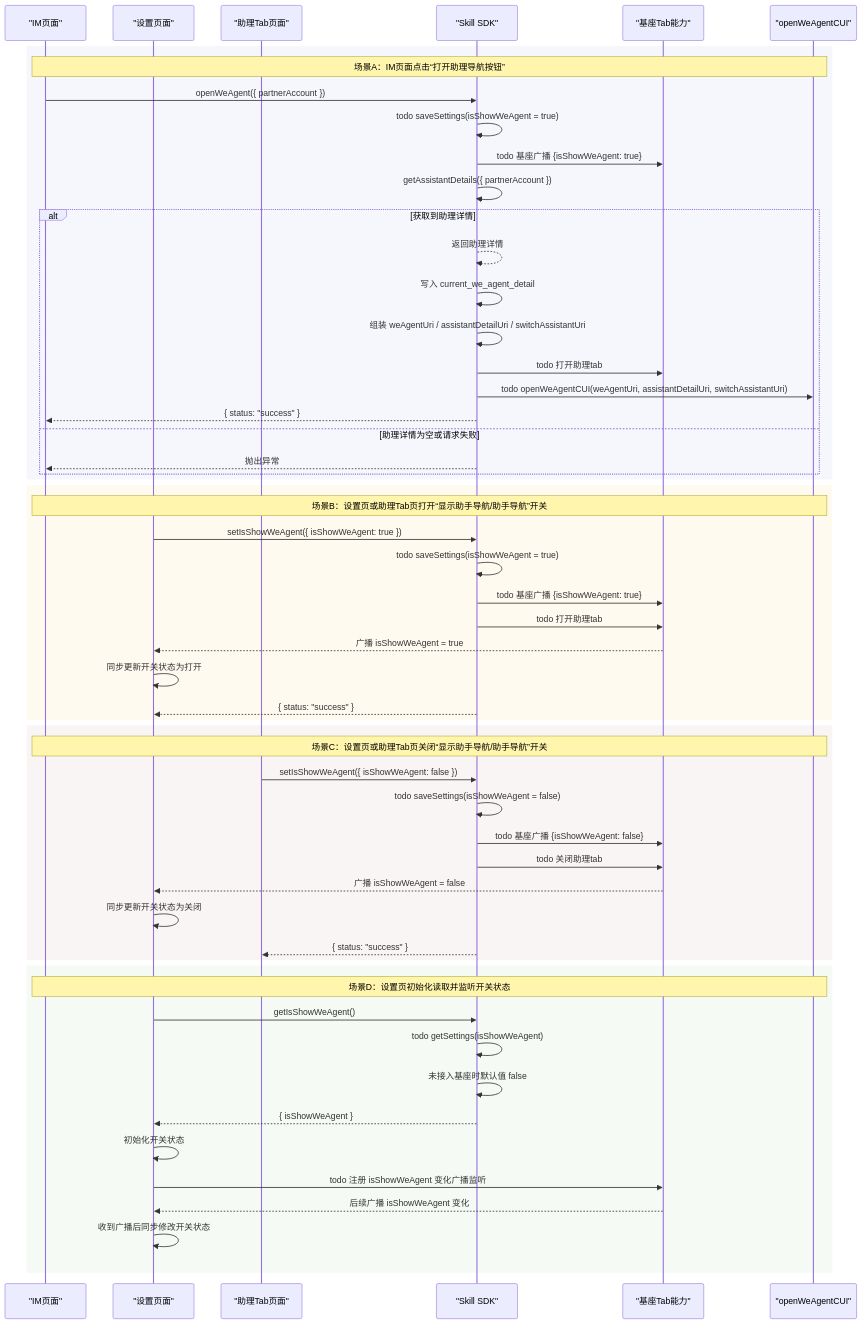
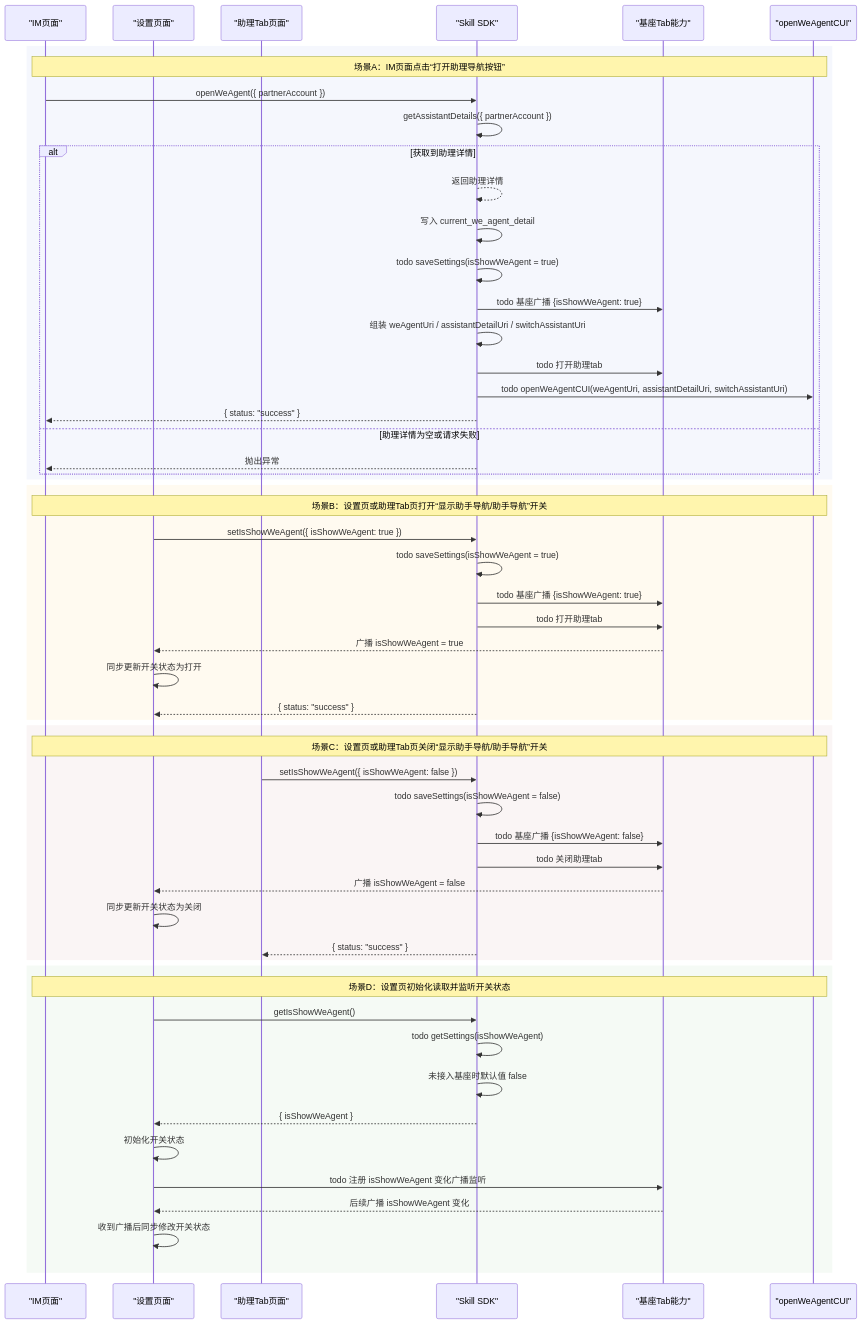
Before and after one commit to Abelsjcheng/skillSDK: the diagram in 2026-05-12-we-agent-visibility-and-open-plan.md, drawn with Mermaid. The commit also changed other lines of this file and 1 other file, not shown here.

````diff
--- a/2026-05-12-we-agent-visibility-and-open-plan.md
+++ b/2026-05-12-we-agent-visibility-and-open-plan.md
@@ -261,61 +261,61 @@
 ```mermaid
 sequenceDiagram
     participant IM as "IM页面"
     participant Settings as "设置页面"
     participant AssistantTab as "助理Tab页面"
     participant SDK as "Skill SDK"
     participant Host as "基座Tab能力"
     participant CUI as "openWeAgentCUI"
 
     rect rgb(245, 247, 253)
         Note over IM,CUI: 场景A：IM页面点击“打开助理导航按钮”
         IM->>SDK: openWeAgent({ partnerAccount })
-        SDK->>SDK: todo saveSettings(isShowWeAgent = true)
-        SDK->>Host: todo 基座广播 {isShowWeAgent: true}
         SDK->>SDK: getAssistantDetails({ partnerAccount })
         alt 获取到助理详情
             SDK-->>SDK: 返回助理详情
             SDK->>SDK: 写入 current_we_agent_detail
+            SDK->>SDK: todo saveSettings(isShowWeAgent = true)
+            SDK->>Host: todo 基座广播 {isShowWeAgent: true}
             SDK->>SDK: 组装 weAgentUri / assistantDetailUri / switchAssistantUri
             SDK->>Host: todo 打开助理tab
             SDK->>CUI: todo openWeAgentCUI(weAgentUri, assistantDetailUri, switchAssistantUri)
             SDK-->>IM: { status: "success" }
         else 助理详情为空或请求失败
             SDK-->>IM: 抛出异常
         end
     end
 
     rect rgb(255, 250, 240)
         Note over IM,CUI: 场景B：设置页或助理Tab页打开“显示助手导航/助手导航”开关
         Settings->>SDK: setIsShowWeAgent({ isShowWeAgent: true })
         SDK->>SDK: todo saveSettings(isShowWeAgent = true)
         SDK->>Host: todo 基座广播 {isShowWeAgent: true}
         SDK->>Host: todo 打开助理tab
         Host-->>Settings: 广播 isShowWeAgent = true
         Settings->>Settings: 同步更新开关状态为打开
         SDK-->>Settings: { status: "success" }
     end
 
     rect rgb(250, 245, 245)
         Note over IM,CUI: 场景C：设置页或助理Tab页关闭“显示助手导航/助手导航”开关
         AssistantTab->>SDK: setIsShowWeAgent({ isShowWeAgent: false })
         SDK->>SDK: todo saveSettings(isShowWeAgent = false)
         SDK->>Host: todo 基座广播 {isShowWeAgent: false}
         SDK->>Host: todo 关闭助理tab
         Host-->>Settings: 广播 isShowWeAgent = false
         Settings->>Settings: 同步更新开关状态为关闭
         SDK-->>AssistantTab: { status: "success" }
     end
 
     rect rgb(245, 250, 245)
         Note over IM,CUI: 场景D：设置页初始化读取并监听开关状态
         Settings->>SDK: getIsShowWeAgent()
         SDK->>SDK: todo getSettings(isShowWeAgent)
         SDK->>SDK: 未接入基座时默认值 false
         SDK-->>Settings: { isShowWeAgent }
         Settings->>Settings: 初始化开关状态
         Settings->>Host: todo 注册 isShowWeAgent 变化广播监听
         Host-->>Settings: 后续广播 isShowWeAgent 变化
         Settings->>Settings: 收到广播后同步修改开关状态
     end
 ```
````
